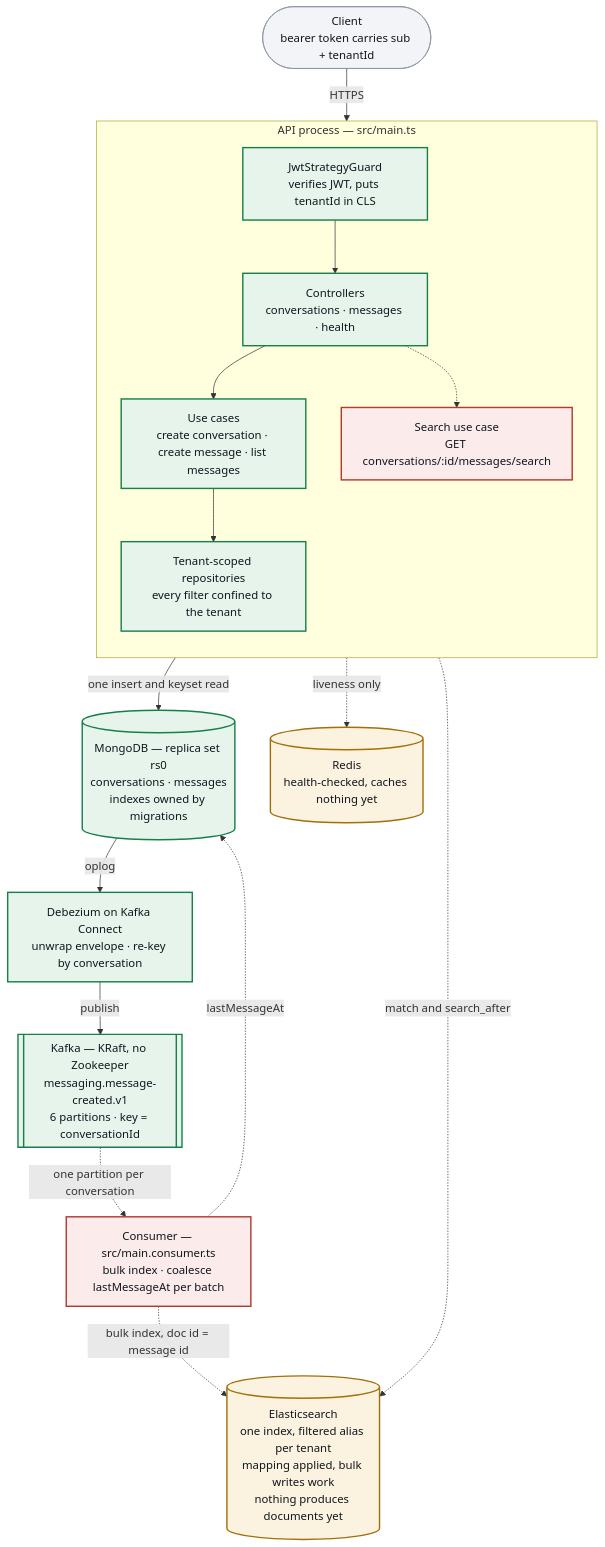
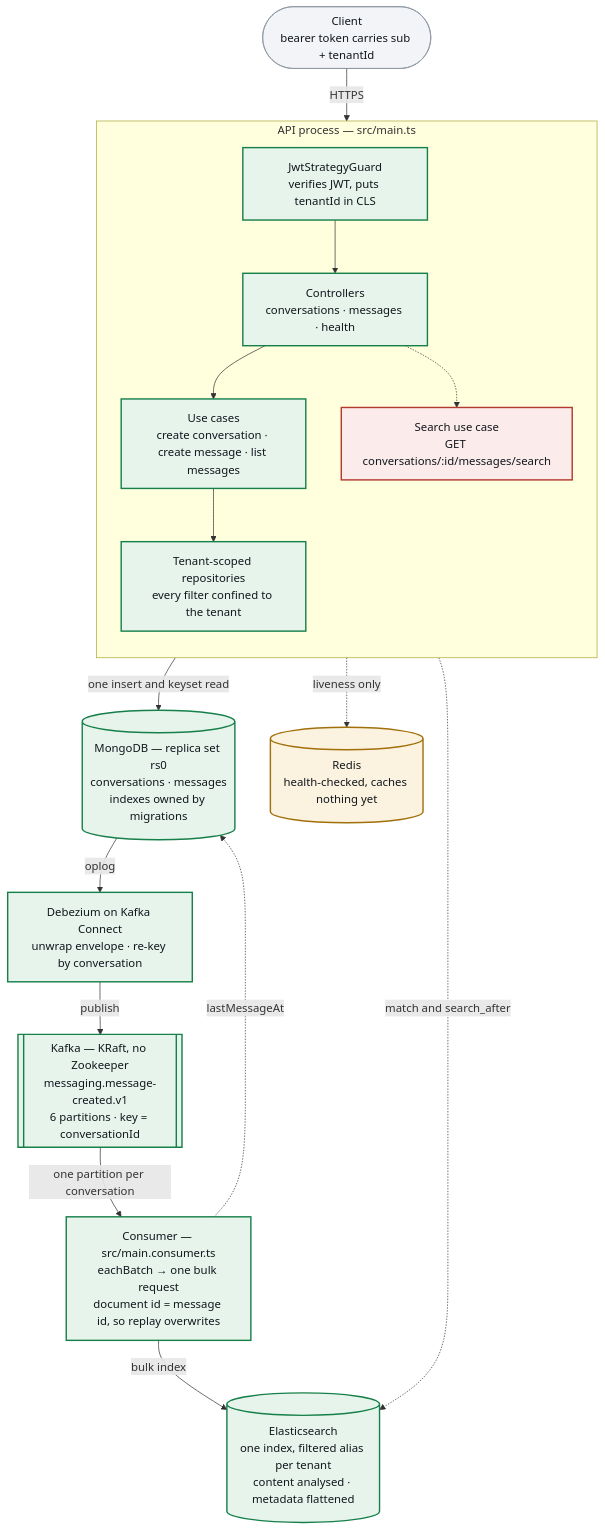
One commit to tiennguyen1203/tawkto-messaging changed the diagram in docs/architecture.md. Above: the diagram before and after it, drawn with Mermaid. The commit also changed other lines of this file and 20 other files, not shown here.

Commit message:
feat: implement consumer to indexing data into elasticsearch

````diff
--- a/docs/architecture.md
+++ b/docs/architecture.md
@@ -12,44 +12,44 @@
 ```mermaid
 flowchart TD
     client(["Client<br/>bearer token carries sub + tenantId"])
 
     subgraph api["API process — src/main.ts"]
         direction TB
         guard["JwtStrategyGuard<br/>verifies JWT, puts tenantId in CLS"]
         ctl["Controllers<br/>conversations · messages · health"]
         uc["Use cases<br/>create conversation · create message · list messages"]
         repo["Tenant-scoped repositories<br/>every filter confined to the tenant"]
         searchuc["Search use case<br/>GET conversations/:id/messages/search"]
     end
 
     mongo[("MongoDB — replica set rs0<br/>conversations · messages<br/>indexes owned by migrations")]
     redis[("Redis<br/>health-checked, caches nothing yet")]
     dbz["Debezium on Kafka Connect<br/>unwrap envelope · re-key by conversation"]
     kafka[["Kafka — KRaft, no Zookeeper<br/>messaging.message-created.v1<br/>6 partitions · key = conversationId"]]
-    consumer["Consumer — src/main.consumer.ts<br/>bulk index · coalesce lastMessageAt per batch"]
-    es[("Elasticsearch<br/>one index, filtered alias per tenant<br/>mapping applied, bulk writes work<br/>nothing produces documents yet")]
+    consumer["Consumer — src/main.consumer.ts<br/>eachBatch → one bulk request<br/>document id = message id, so replay overwrites"]
+    es[("Elasticsearch<br/>one index, filtered alias per tenant<br/>content analysed · metadata flattened")]
 
     client -->|HTTPS| guard
     guard --> ctl
     ctl --> uc
     uc --> repo
     repo -->|one insert and keyset read| mongo
     repo -.->|liveness only| redis
     mongo -->|oplog| dbz
     dbz -->|publish| kafka
-    kafka -.->|one partition per conversation| consumer
-    consumer -.->|bulk index, doc id = message id| es
+    kafka -->|one partition per conversation| consumer
+    consumer -->|bulk index| es
     consumer -.->|lastMessageAt| mongo
     ctl -.-> searchuc
     searchuc -.->|match and search_after| es
 
     classDef done fill:#e7f4ec,stroke:#17804a,stroke-width:2px,color:#11161d
     classDef wip fill:#fbf2df,stroke:#a2700a,stroke-width:2px,color:#11161d
     classDef todo fill:#fbeceb,stroke:#b23a2f,stroke-width:2px,color:#11161d
     classDef plain fill:#f2f4f7,stroke:#8b95a1,stroke-width:1px,color:#11161d
 
     class client plain
-    class guard,ctl,uc,repo,mongo,dbz,kafka done
-    class redis,es wip
-    class consumer,searchuc todo
+    class guard,ctl,uc,repo,mongo,dbz,kafka,consumer,es done
+    class redis wip
+    class searchuc todo
 ```
````
